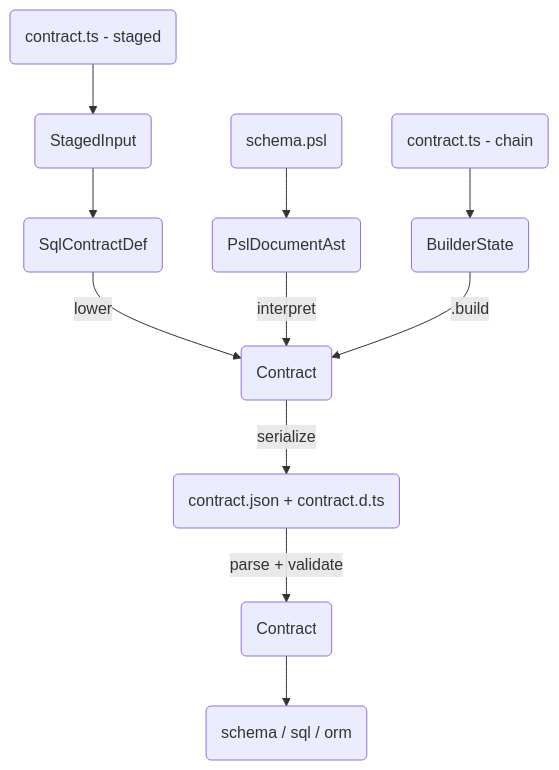
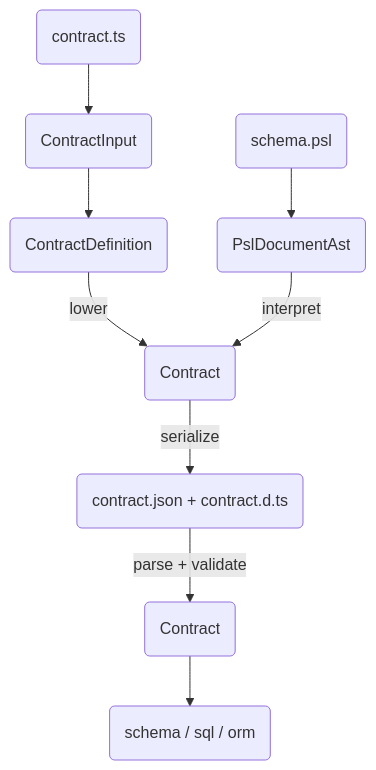
Before and after one commit to prisma/prisma-next: the first of 2 diagrams in docs/architecture docs/adrs/ADR 182 - Unified contract representation.md, drawn with Mermaid. The commit also changed other lines of this file and 4 other files, not shown here.

````diff
--- a/docs/architecture docs/adrs/ADR 182 - Unified contract representation.md
+++ b/docs/architecture docs/adrs/ADR 182 - Unified contract representation.md
@@ -49,14 +49,12 @@
 ```mermaid
 graph TD
   PSL(schema.psl) --> AST(PslDocumentAst)
-  TS_STAGED(contract.ts - staged) --> SCI(StagedInput)
-  TS_CHAIN(contract.ts - chain) --> CBS(BuilderState)
-  SCI --> SCD(SqlContractDef)
-  SCD -->|lower| IR
+  TS(contract.ts) --> CI(ContractInput)
+  CI --> CD(ContractDefinition)
+  CD -->|lower| IR
   AST -->|interpret| IR
-  CBS -->|.build| IR
   IR(Contract)
   IR -->|serialize| JSON(contract.json + contract.d.ts)
   JSON -->|parse + validate| SC(Contract)
   SC --> CONSUMERS(schema / sql / orm)
 ```
````
